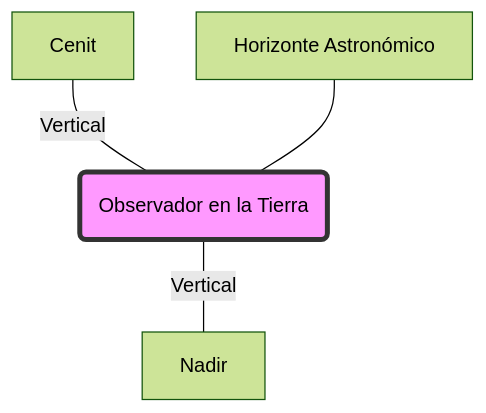
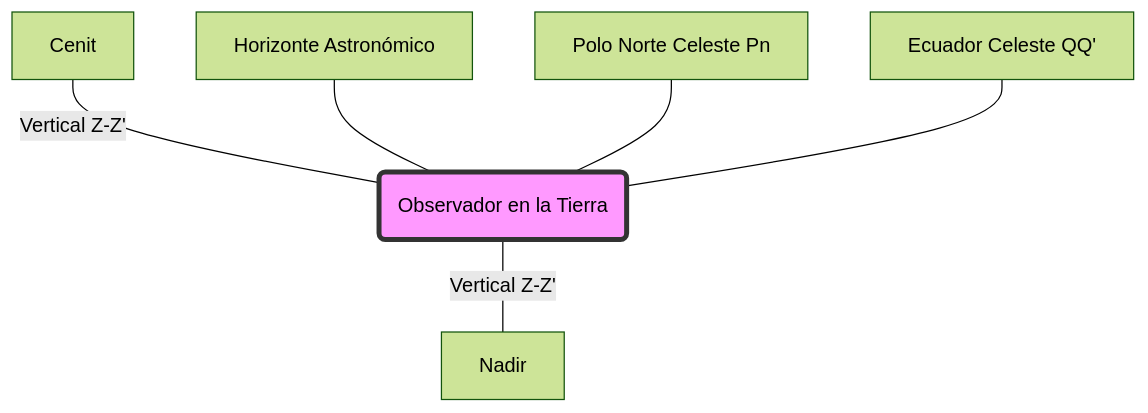
The diagram in titulaciones/CY/tema_3_teoria_astronomica.md (LegalIntermediaSL/Nautica), drawn with Mermaid (forest theme) before and after one commit. The commit also changed other lines of this file and 20 other files, not shown here.

````diff
--- a/titulaciones/CY/tema_3_teoria_astronomica.md
+++ b/titulaciones/CY/tema_3_teoria_astronomica.md
@@ -17,7 +20,9 @@
 ```mermaid
 graph TD
-    A[Cenit] ---|Vertical| B(Observador en la Tierra)
-    B ---|Vertical| C[Nadir]
+    A[Cenit] ---|Vertical Z-Z'| B(Observador en la Tierra)
+    B ---|Vertical Z-Z'| C[Nadir]
     D[Horizonte Astronómico] --- B
+    E[Polo Norte Celeste Pn] --- B
+    F[Ecuador Celeste QQ'] --- B
     style B fill:#f9f,stroke:#333,stroke-width:4px
 ```
````
